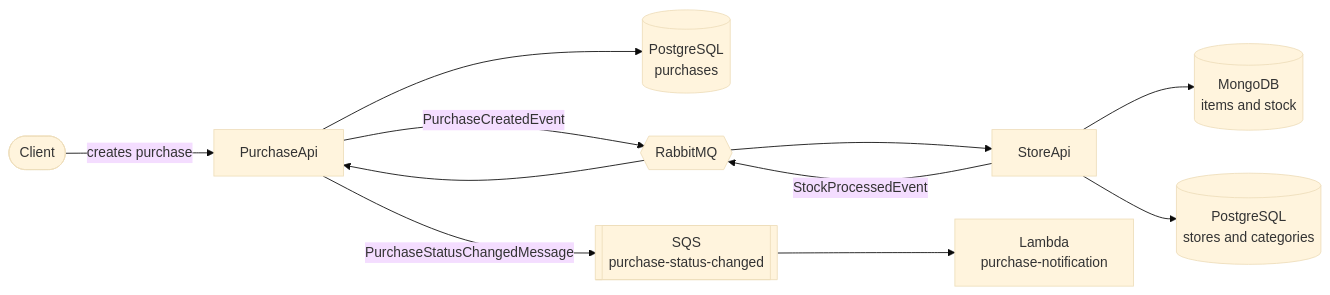
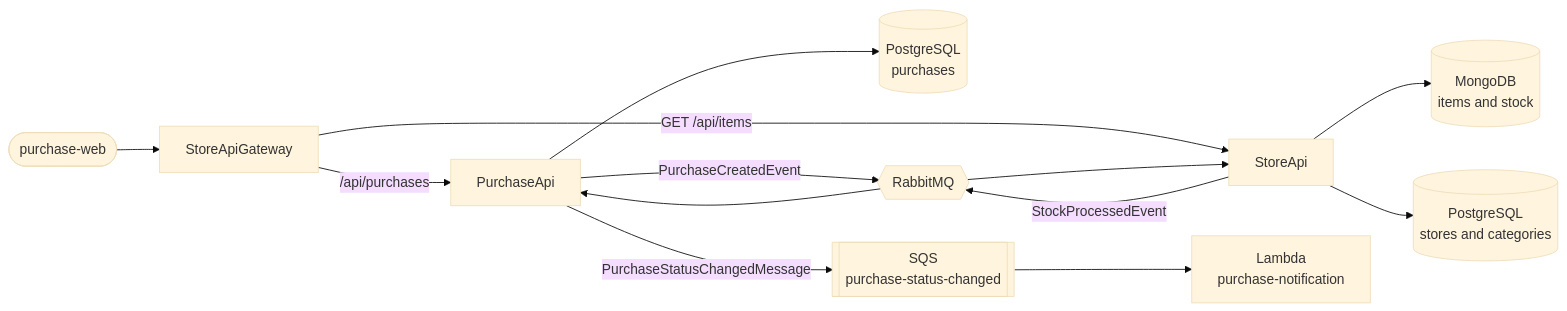
Before and after one commit to JoaoVitorResende/StoreApi: the diagram in README.md, drawn with Mermaid (base theme). The commit also changed other lines of this file, not shown here.

````diff
--- a/README.md
+++ b/README.md
@@ -34,13 +73,15 @@
 ```mermaid
 flowchart LR
-    Client([Client]) -->|creates purchase| PA[PurchaseApi]
+    Web([purchase-web]) --> GW[StoreApiGateway]
+    GW -->|/api/purchases| PA[PurchaseApi]
+    GW -->|GET /api/items| SA[StoreApi]
     PA --> PDB[("PostgreSQL<br/>purchases")]
     PA -->|PurchaseCreatedEvent| MQ{{RabbitMQ}}
-    MQ --> SA[StoreApi]
+    MQ --> SA
     SA --> MDB[("MongoDB<br/>items and stock")]
     SA --> SDB[("PostgreSQL<br/>stores and categories")]
     SA -->|StockProcessedEvent| MQ
     MQ --> PA
     PA -->|PurchaseStatusChangedMessage| SQS[["SQS<br/>purchase-status-changed"]]
     SQS --> L["Lambda<br/>purchase-notification"]
 ```
````
